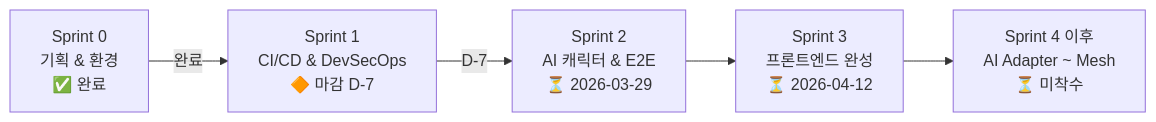
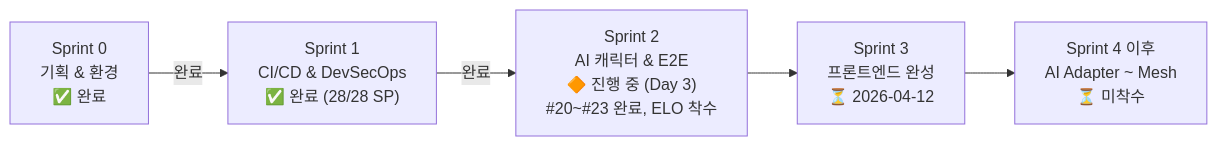
The first of 3 diagrams in docs/01-planning/09-roadmap-and-backlog.md (k82022603/RummiArena), drawn with Mermaid before and after one commit. The commit also changed other lines of this file and 15 other files, not shown here.

````diff
--- a/docs/01-planning/09-roadmap-and-backlog.md
+++ b/docs/01-planning/09-roadmap-and-backlog.md
@@ -10,13 +10,13 @@
 ```mermaid
 flowchart LR
     S0["Sprint 0\n기획 & 환경\n✅ 완료"]
-    S1["Sprint 1\nCI/CD & DevSecOps\n🔶 마감 D-7"]
-    S2["Sprint 2\nAI 캐릭터 & E2E\n⏳ 2026-03-29"]
+    S1["Sprint 1\nCI/CD & DevSecOps\n✅ 완료 (28/28 SP)"]
+    S2["Sprint 2\nAI 캐릭터 & E2E\n🔶 진행 중 (Day 3)\n#20~#23 완료, ELO 착수"]
     S3["Sprint 3\n프론트엔드 완성\n⏳ 2026-04-12"]
     S4["Sprint 4 이후\nAI Adapter ~ Mesh\n⏳ 미착수"]
 
     S0 -->|완료| S1
-    S1 -->|D-7| S2
+    S1 -->|완료| S2
     S2 --> S3
     S3 --> S4
 ```
````
